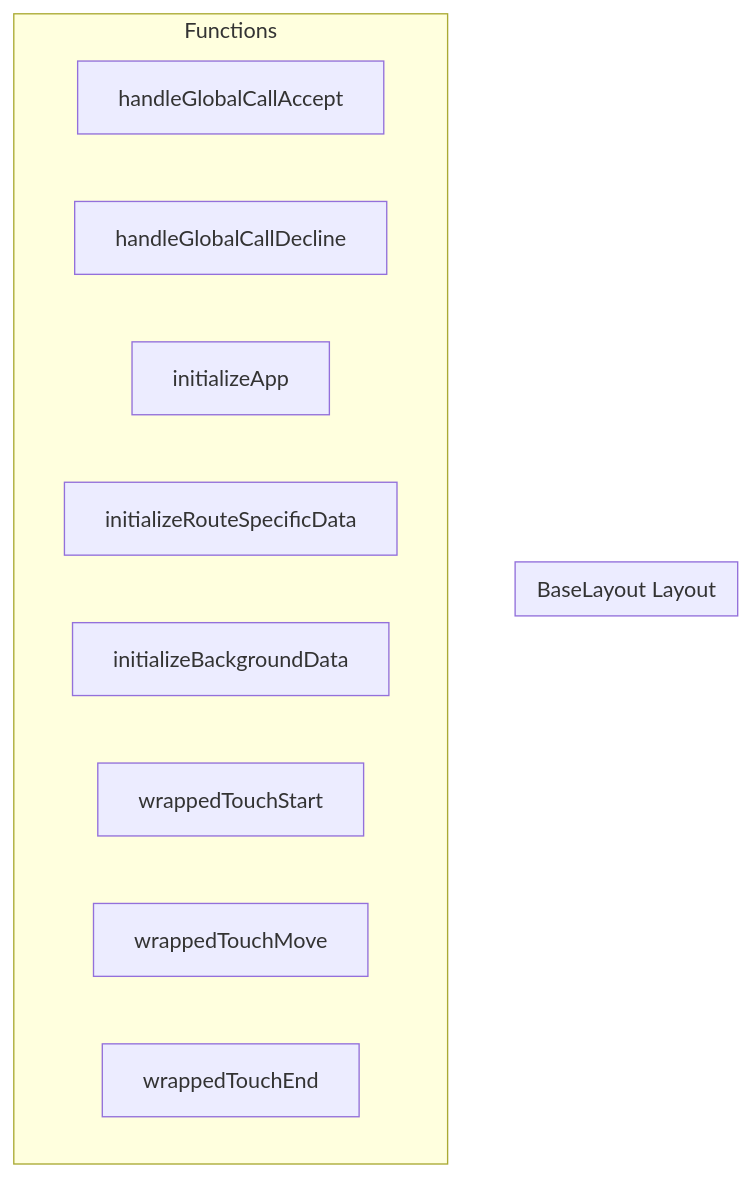
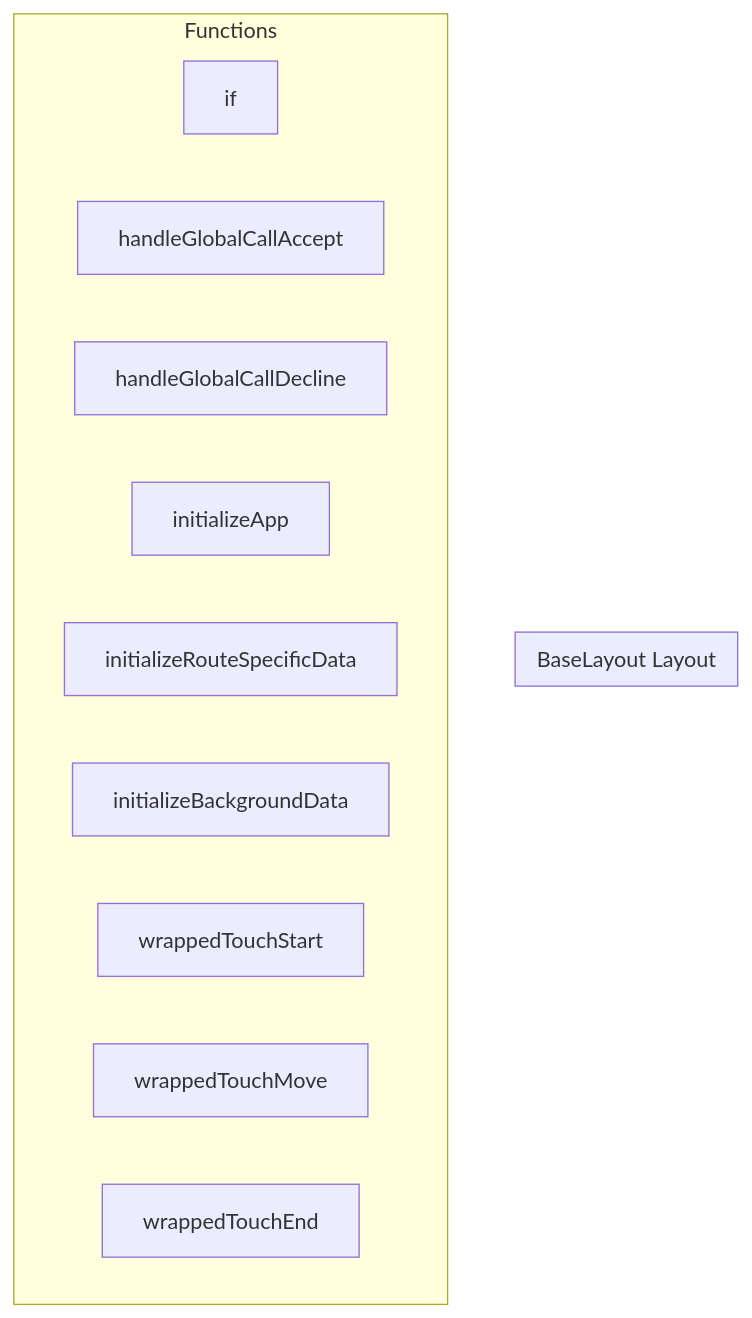
One commit to y4my4my4m/harmony changed the diagram in docs/api/layouts/baselayout.md. Above: the diagram before and after it, drawn with Mermaid. The commit also changed other lines of this file and 211 other files, not shown here.

````diff
--- a/docs/api/layouts/baselayout.md
+++ b/docs/api/layouts/baselayout.md
@@ -7,16 +7,17 @@
 ```mermaid
 graph TB
     subgraph "BaseLayout Layout"
     end
     
     subgraph "Functions"
+        FN_IF[if]
         FN_HANDLEGLOBALCALLACCEPT[handleGlobalCallAccept]
         FN_HANDLEGLOBALCALLDECLINE[handleGlobalCallDecline]
         FN_INITIALIZEAPP[initializeApp]
         FN_INITIALIZEROUTESPECIFICDATA[initializeRouteSpecificData]
         FN_INITIALIZEBACKGROUNDDATA[initializeBackgroundData]
         FN_WRAPPEDTOUCHSTART[wrappedTouchStart]
         FN_WRAPPEDTOUCHMOVE[wrappedTouchMove]
         FN_WRAPPEDTOUCHEND[wrappedTouchEnd]
     end
 ```
````
